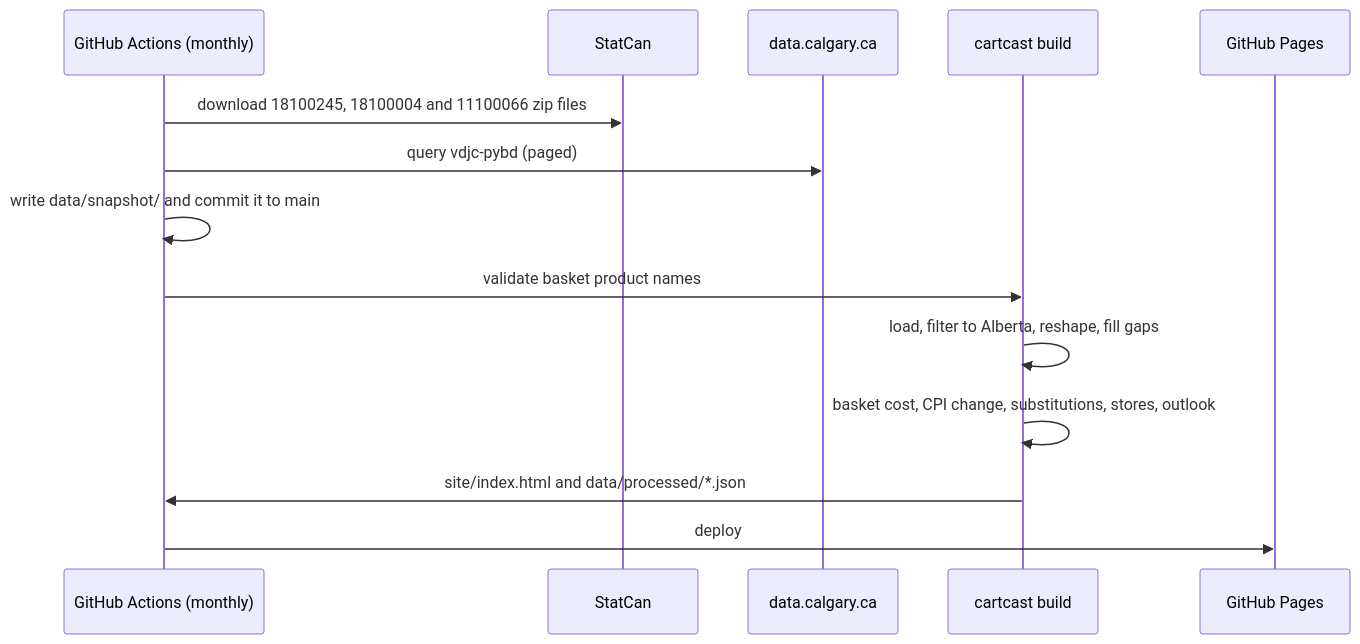
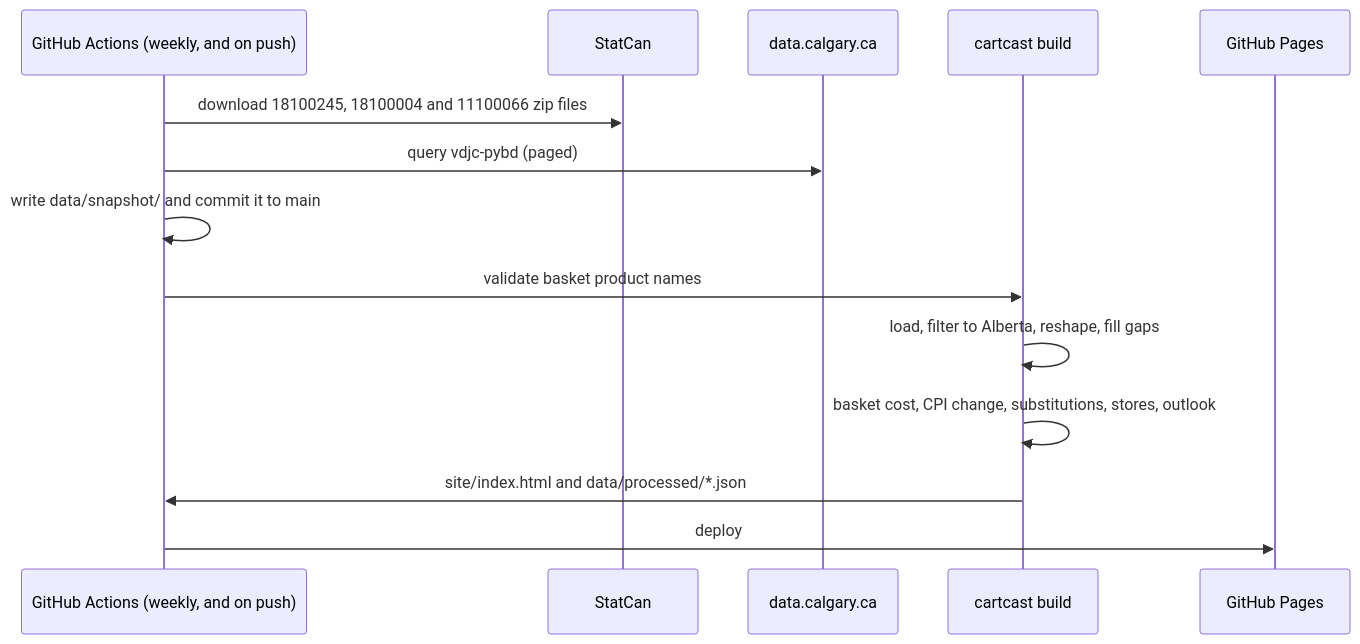
The diagram in docs/architecture.md (AdrianJulve/cartcast-yyc), drawn with Mermaid before and after one commit. The commit also changed 6 other files, not shown here.

First line of the commit message:
feat: live deployment on push and weekly data refresh

````diff
--- a/docs/architecture.md
+++ b/docs/architecture.md
@@ -8,16 +8,16 @@
 ```mermaid
 sequenceDiagram
-  participant GA as GitHub Actions (monthly)
+  participant GA as GitHub Actions (weekly, and on push)
   participant SC as StatCan
   participant YYC as data.calgary.ca
   participant P as cartcast build
   participant GP as GitHub Pages
   GA->>SC: download 18100245, 18100004 and 11100066 zip files
   GA->>YYC: query vdjc-pybd (paged)
   GA->>GA: write data/snapshot/ and commit it to main
   GA->>P: validate basket product names
   P->>P: load, filter to Alberta, reshape, fill gaps
   P->>P: basket cost, CPI change, substitutions, stores, outlook
   P->>GA: site/index.html and data/processed/*.json
   GA->>GP: deploy
 ```
````
